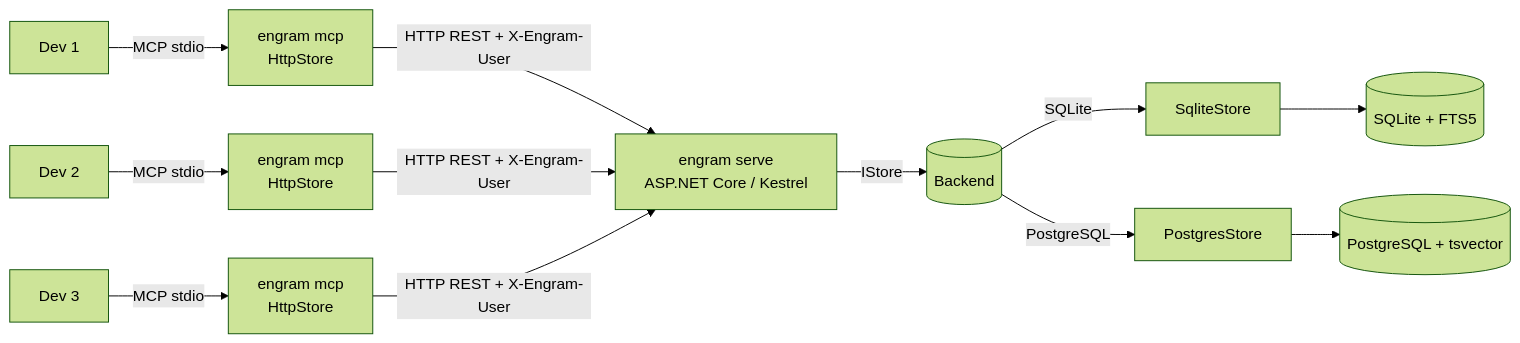
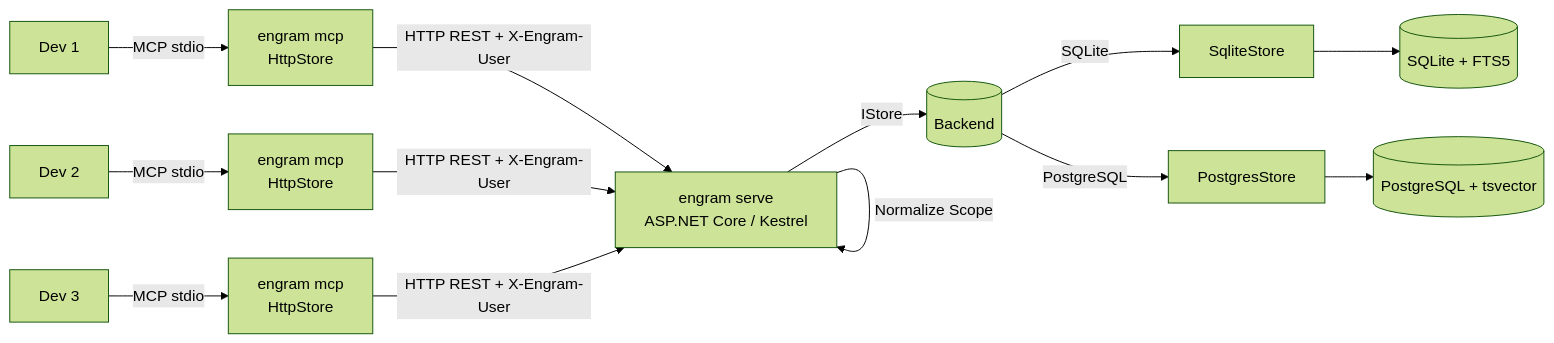
The second of 5 diagrams in docs/ARCHITECTURE.md (efreet111/engram-dotnet), drawn with Mermaid (forest theme) before and after one commit. The commit also changed other lines of this file and 5 other files, not shown here.

````diff
--- a/docs/ARCHITECTURE.md
+++ b/docs/ARCHITECTURE.md
@@ -37,14 +37,15 @@
 ```mermaid
 flowchart LR
     A1[Dev 1] -->|MCP stdio| M1[engram mcp\nHttpStore]
     A2[Dev 2] -->|MCP stdio| M2[engram mcp\nHttpStore]
     A3[Dev 3] -->|MCP stdio| M3[engram mcp\nHttpStore]
     M1 -->|HTTP REST + X-Engram-User| S[engram serve\nASP.NET Core / Kestrel]
     M2 -->|HTTP REST + X-Engram-User| S
     M3 -->|HTTP REST + X-Engram-User| S
+    S -->|Normalize Scope| S
     S -->|IStore| DB[(Backend)]
     DB -->|SQLite| SS[SqliteStore]
     DB -->|PostgreSQL| PS[PostgresStore]
     SS --> SQ[(SQLite + FTS5)]
     PS --> PG[(PostgreSQL + tsvector)]
 ```
````
